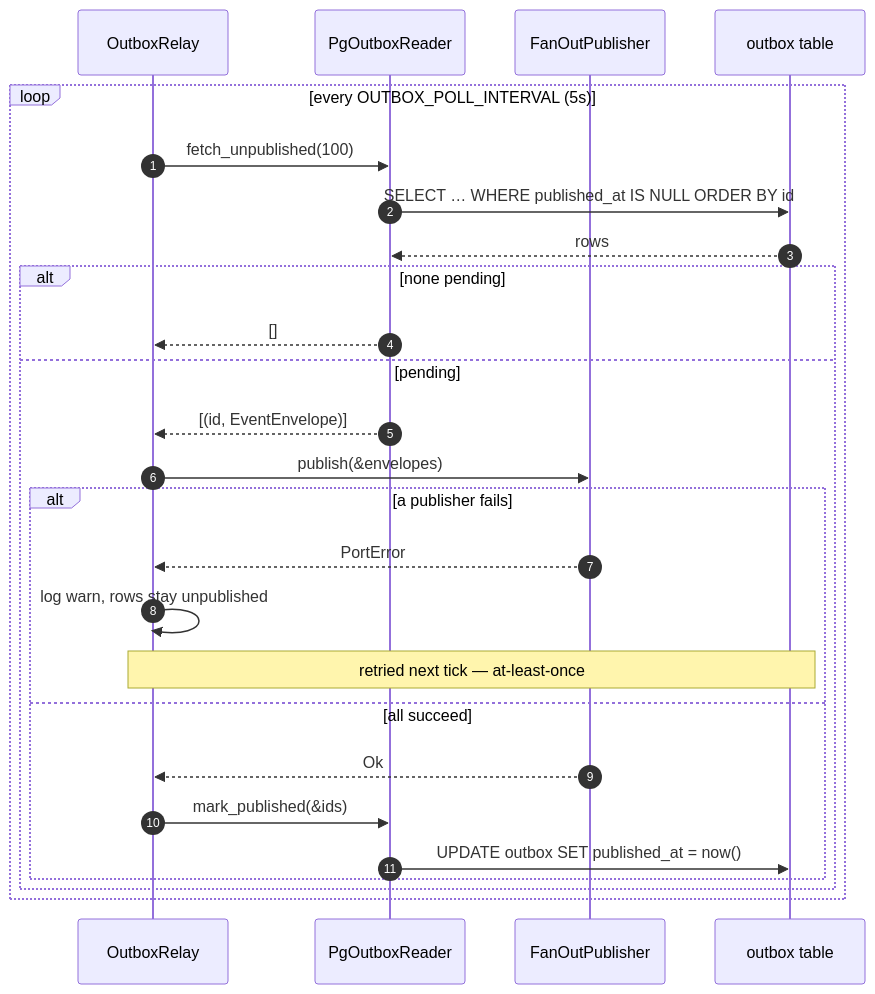
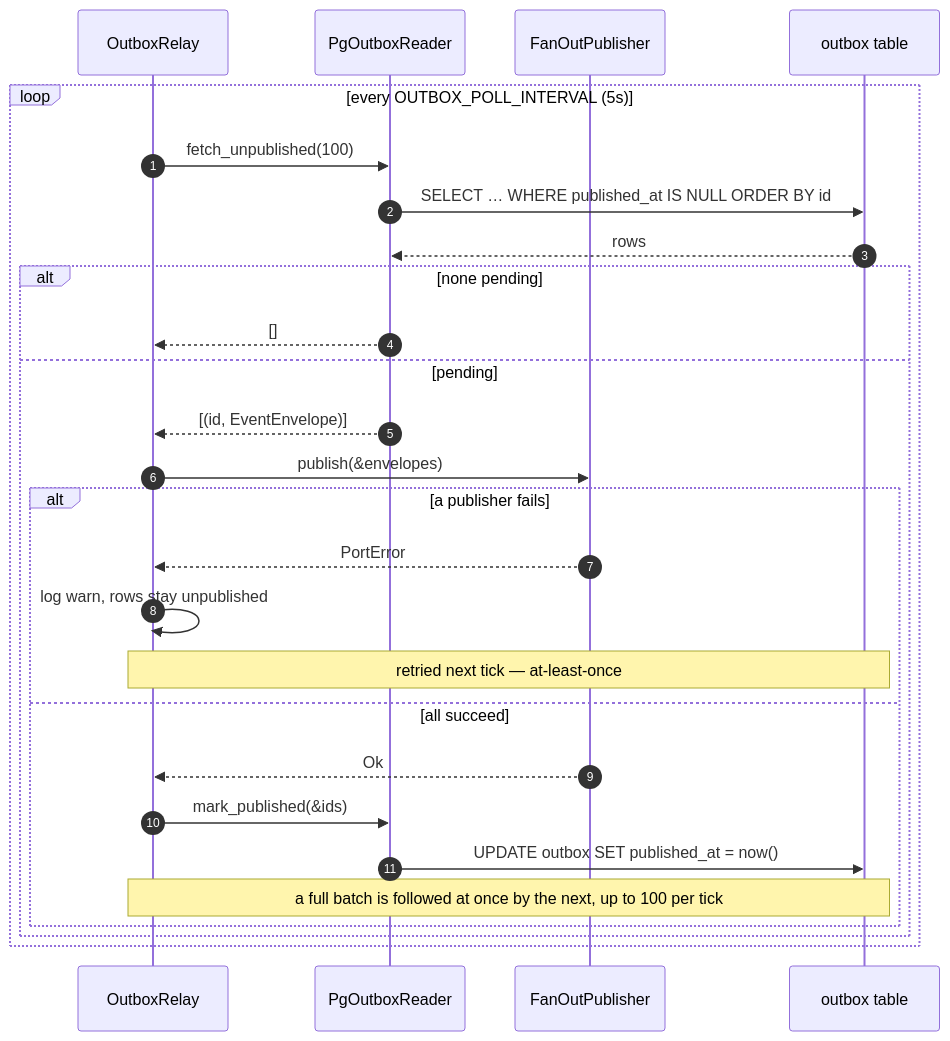
The tenth of 10 diagrams in docs/architecture.md (Borelli-7/fingest-rs-v2), drawn with Mermaid before and after one commit. The commit also changed other lines of this file and 13 other files, not shown here.

````diff
--- a/docs/architecture.md
+++ b/docs/architecture.md
@@ -393,29 +393,30 @@
 ```mermaid
 sequenceDiagram
     autonumber
     participant R as OutboxRelay
     participant O as PgOutboxReader
     participant F as FanOutPublisher
     participant DB as outbox table
 
     loop every OUTBOX_POLL_INTERVAL (5s)
         R->>O: fetch_unpublished(100)
         O->>DB: SELECT … WHERE published_at IS NULL ORDER BY id
         DB-->>O: rows
         alt none pending
             O-->>R: []
         else pending
             O-->>R: [(id, EventEnvelope)]
             R->>F: publish(&envelopes)
             alt a publisher fails
                 F-->>R: PortError
                 R->>R: log warn, rows stay unpublished
                 Note over R,DB: retried next tick — at-least-once
             else all succeed
                 F-->>R: Ok
                 R->>O: mark_published(&ids)
                 O->>DB: UPDATE outbox SET published_at = now()
+                Note over R,DB: a full batch is followed at once by the next, up to 100 per tick
             end
         end
     end
 ```
````
